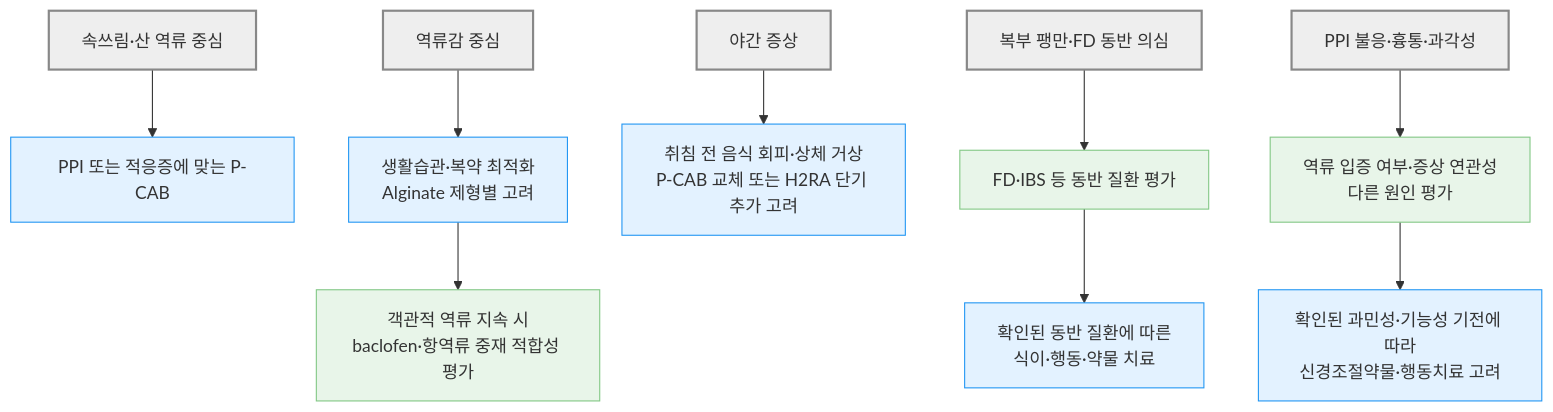
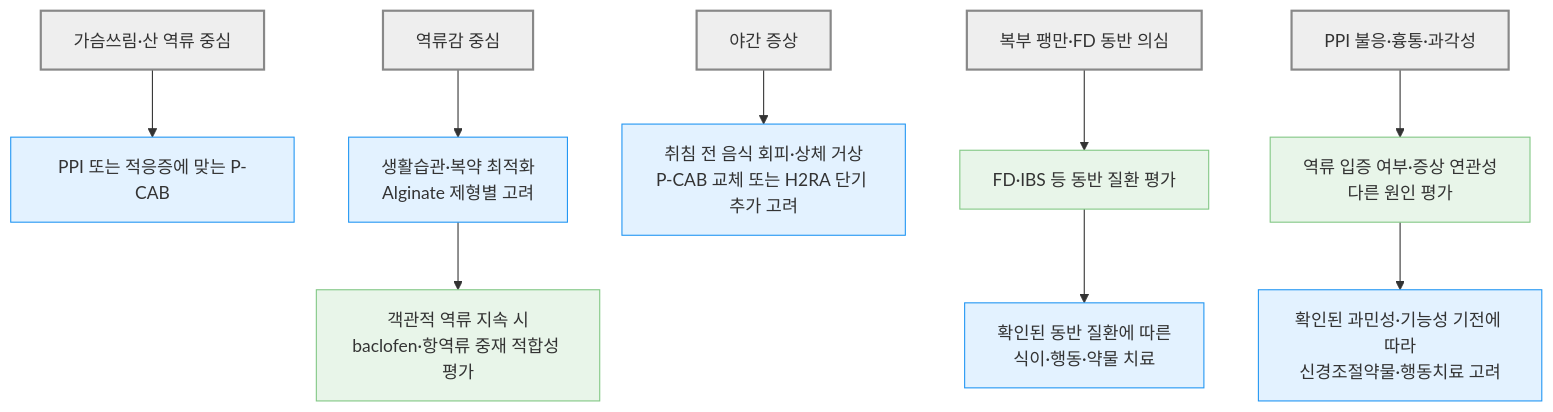
Before and after one commit to familyoh77/familyoh77: the third of 5 diagrams in 224_/081_-gerd.md, drawn with Mermaid. The commit also changed other lines of this file, not shown here.

````diff
--- a/224_/081_-gerd.md
+++ b/224_/081_-gerd.md
@@ -281,20 +293,20 @@
 ```mermaid
 flowchart TD
-    B["속쓰림·산 역류 중심"] --> G["PPI 또는 적응증에 맞는 P-CAB"]
+    B["가슴쓰림·산 역류 중심"] --> G["PPI 또는 적응증에 맞는 P-CAB"]
     C["역류감 중심"] --> H["생활습관·복약 최적화<br/>Alginate 제형별 고려"]
     H --> I["객관적 역류 지속 시<br/>baclofen·항역류 중재 적합성 평가"]
     D["야간 증상"] --> J["취침 전 음식 회피·상체 거상<br/>P-CAB 교체 또는 H2RA 단기 추가 고려"]
     E["복부 팽만·FD 동반 의심"] --> L["FD·IBS 등 동반 질환 평가"]
     L --> M["확인된 동반 질환에 따른<br/>식이·행동·약물 치료"]
     F["PPI 불응·흉통·과각성"] --> N["역류 입증 여부·증상 연관성<br/>다른 원인 평가"]
     N --> O["확인된 과민성·기능성 기전에 따라<br/>신경조절약물·행동치료 고려"]
 
     classDef neutral fill:#eeeeee,stroke:#888888,stroke-width:2px
     classDef question fill:#fff9c4,stroke:#ffe082
     classDef test fill:#e8f5e9,stroke:#81c784
     classDef treatment fill:#e3f2ff,stroke:#2196f3
     classDef next fill:#e8eaf6,stroke:#9fa8da
     class B,C,D,E,F neutral
     class G,H,J,M,O treatment
     class L,N,I test
 ```
````
